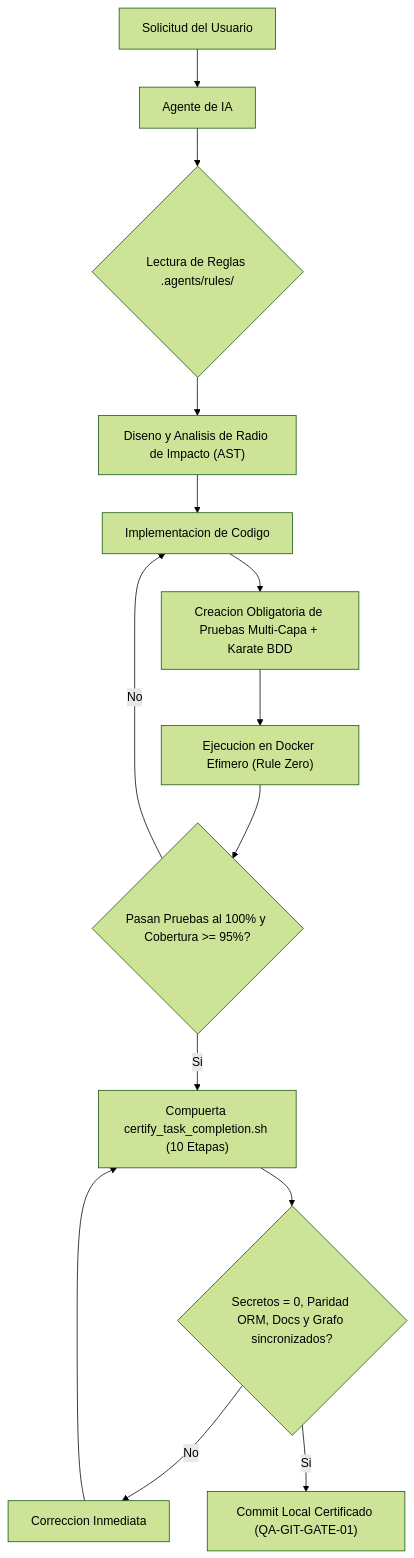
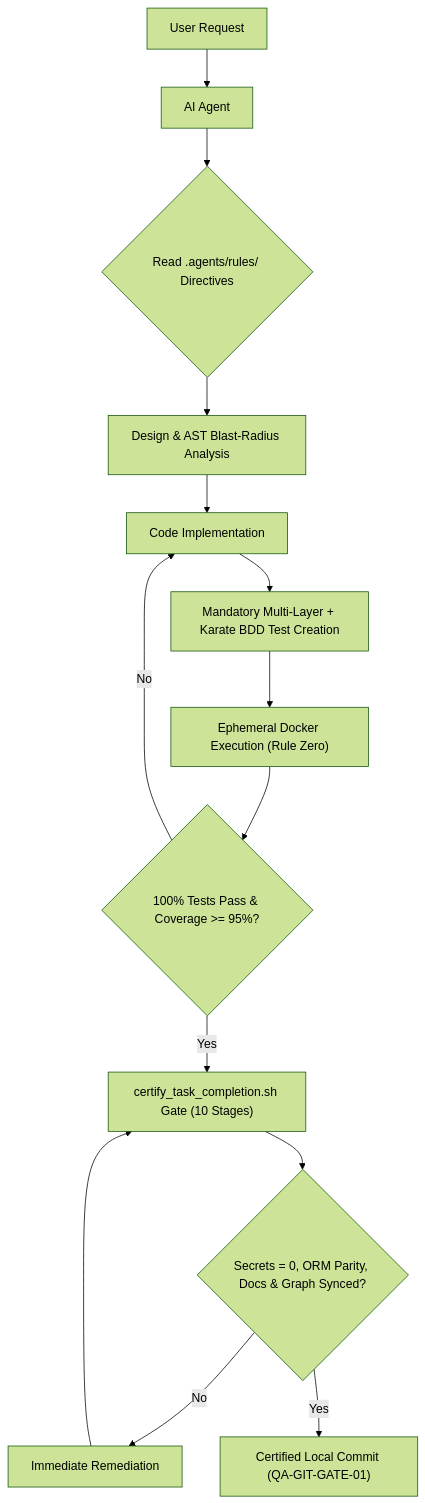
One commit to tecno-consultores/qa-testing-blueprints changed the diagram in docs/01_ARQUITECTURA_Y_GOBERNANZA_AGENTES_IA.md. Above: the diagram before and after it, drawn with Mermaid (forest theme). The commit also changed other lines of this file and 104 other files, not shown here.

````diff
--- a/docs/01_ARQUITECTURA_Y_GOBERNANZA_AGENTES_IA.md
+++ b/docs/01_ARQUITECTURA_Y_GOBERNANZA_AGENTES_IA.md
@@ -12,16 +14,16 @@
 ```mermaid
 flowchart TD
-    A["Solicitud del Usuario"] --> B["Agente de IA"]
-    B --> C{"Lectura de Reglas .agents/rules/"}
-    C --> D["Diseno y Analisis de Radio de Impacto (AST)"]
-    D --> E["Implementacion de Codigo"]
-    E --> F["Creacion Obligatoria de Pruebas Multi-Capa + Karate BDD"]
-    F --> G["Ejecucion en Docker Efimero (Rule Zero)"]
-    G --> H{"Pasan Pruebas al 100% y Cobertura >= 95%?"}
+    A["User Request"] --> B["AI Agent"]
+    B --> C{"Read .agents/rules/ Directives"}
+    C --> D["Design & AST Blast-Radius Analysis"]
+    D --> E["Code Implementation"]
+    E --> F["Mandatory Multi-Layer + Karate BDD Test Creation"]
+    F --> G["Ephemeral Docker Execution (Rule Zero)"]
+    G --> H{"100% Tests Pass & Coverage >= 95%?"}
     H -->|"No"| E
-    H -->|"Si"| I["Compuerta certify_task_completion.sh (10 Etapas)"]
-    I --> J{"Secretos = 0, Paridad ORM, Docs y Grafo sincronizados?"}
-    J -->|"No"| K["Correccion Inmediata"]
+    H -->|"Yes"| I["certify_task_completion.sh Gate (10 Stages)"]
+    I --> J{"Secrets = 0, ORM Parity, Docs & Graph Synced?"}
+    J -->|"No"| K["Immediate Remediation"]
     K --> I
-    J -->|"Si"| L["Commit Local Certificado (QA-GIT-GATE-01)"]
+    J -->|"Yes"| L["Certified Local Commit (QA-GIT-GATE-01)"]
 ```
````
